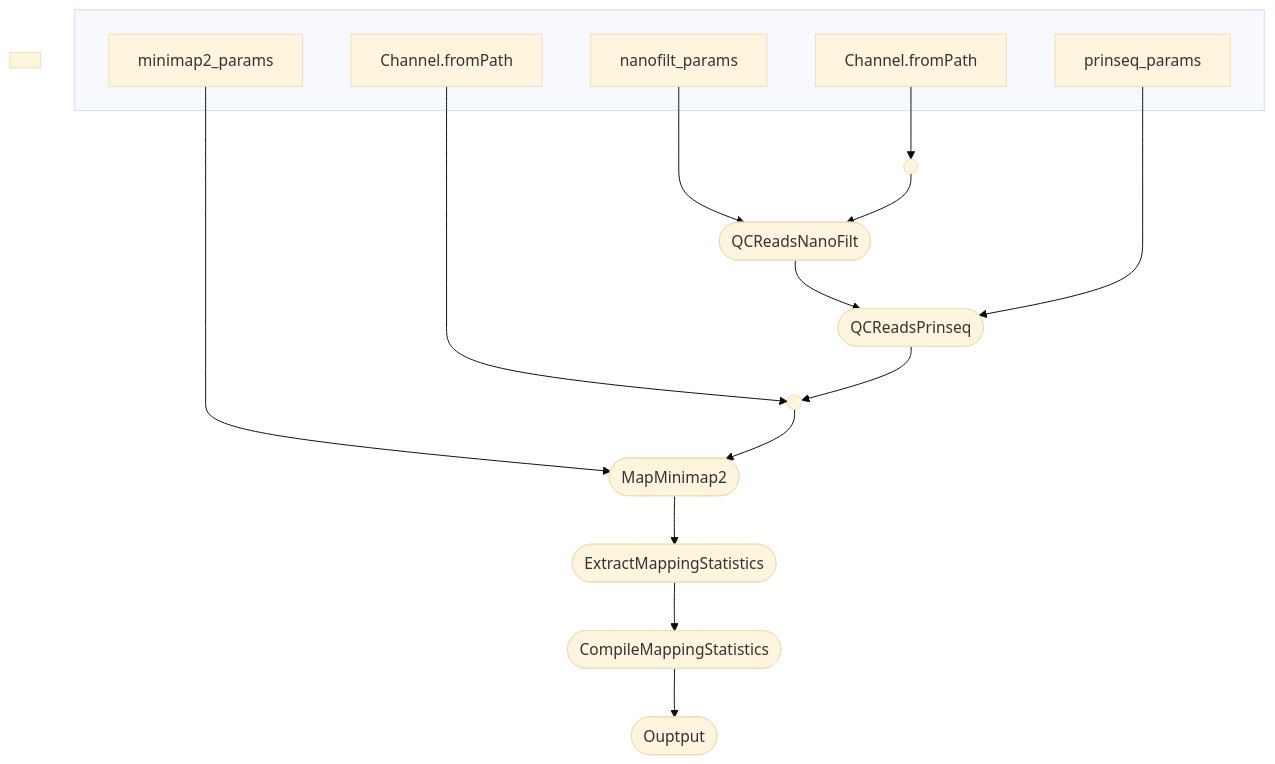
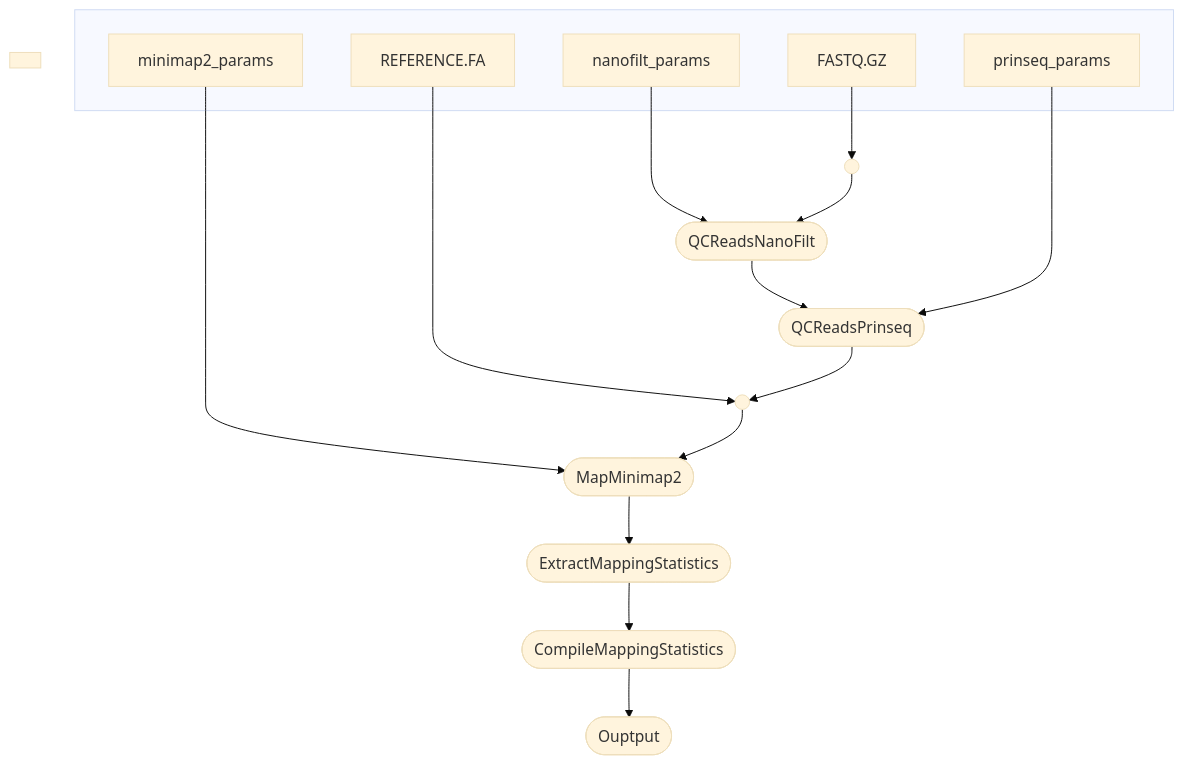
One commit to SantosJGND/mapping_workflow changed the second of 2 diagrams in README.md. Above: the diagram before and after it, drawn with Mermaid (base theme). The commit also changed other lines of this file, not shown here.

Commit message:
readme info

````diff
--- a/README.md
+++ b/README.md
@@ -85,32 +85,32 @@
 ```mermaid
 flowchart TB
     subgraph " "
-    v0["Channel.fromPath"]
-    v3["Channel.fromPath"]
+    v0["FASTQ.GZ"]
+    v3["REFERENCE.FA"]
     v6["nanofilt_params"]
     v8["prinseq_params"]
     v11["minimap2_params"]
     end
     v7([QCReadsNanoFilt])
     v9([QCReadsPrinseq])
     v12([MapMinimap2])
     v13([ExtractMappingStatistics])
     v14([CompileMappingStatistics])
     v15([Ouptput])
     subgraph " "
     end
     v1(( ))
     v4(( ))
     v0 --> v1
     v3 --> v4
     v6 --> v7
     v1 --> v7
     v7 --> v9
     v8 --> v9
     v9 --> v4
     v11 --> v12
     v4 --> v12
     v12 --> v13
     v13 --> v14
     v14 --> v15
 ```
````
